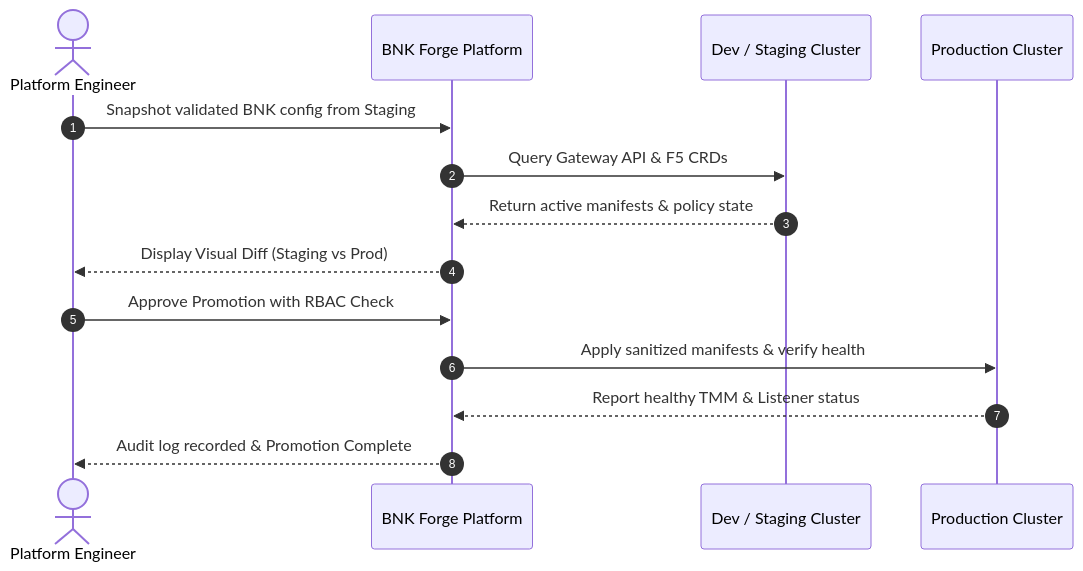
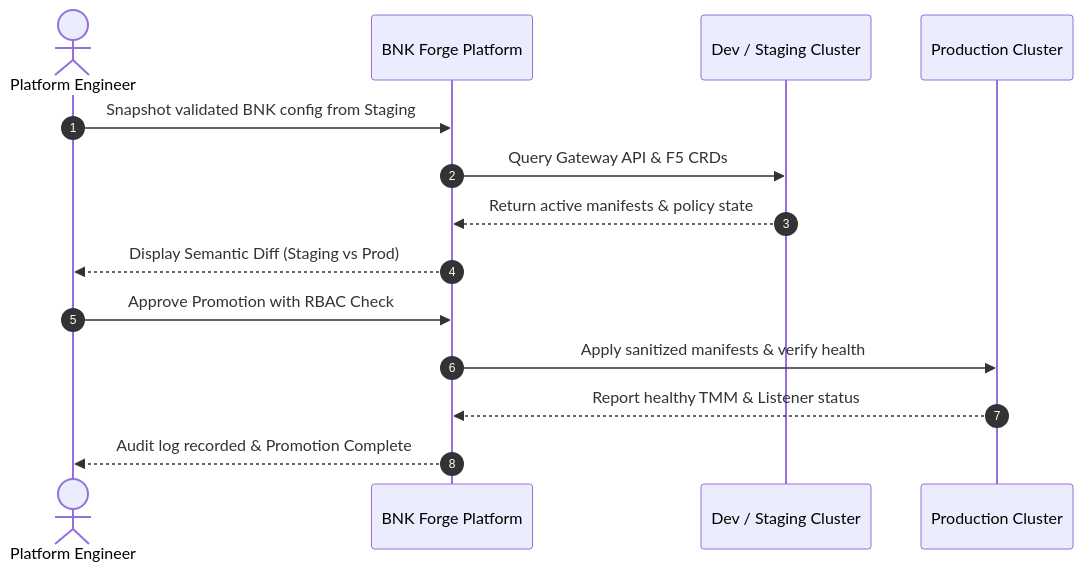
Before and after one commit to f5devcentral/bnk-forge: the third of 6 diagrams in docs/DEVCENTRAL_OVERVIEW.md, drawn with Mermaid. The commit also changed other lines of this file and 1 other file, not shown here.

Commit message:
docs: remove sales terminology in favor of technical architecture and operational facts

````diff
--- a/docs/DEVCENTRAL_OVERVIEW.md
+++ b/docs/DEVCENTRAL_OVERVIEW.md
@@ -138,17 +162,17 @@
 ```mermaid
 sequenceDiagram
     autonumber
     actor Engineer as Platform Engineer
     participant Forge as BNK Forge Platform
     participant DevCluster as Dev / Staging Cluster
     participant ProdCluster as Production Cluster
 
     Engineer->>Forge: Snapshot validated BNK config from Staging
     Forge->>DevCluster: Query Gateway API & F5 CRDs
     DevCluster-->>Forge: Return active manifests & policy state
-    Forge-->>Engineer: Display Visual Diff (Staging vs Prod)
+    Forge-->>Engineer: Display Semantic Diff (Staging vs Prod)
     Engineer->>Forge: Approve Promotion with RBAC Check
     Forge->>ProdCluster: Apply sanitized manifests & verify health
     ProdCluster-->>Forge: Report healthy TMM & Listener status
     Forge-->>Engineer: Audit log recorded & Promotion Complete
 ```
````
